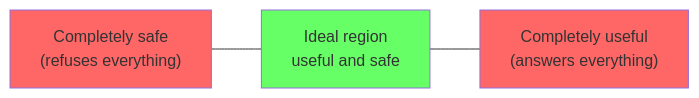
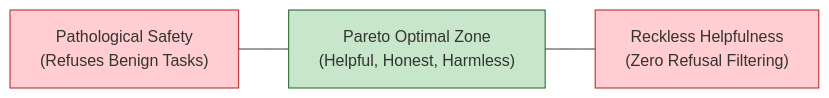
The fourth of 7 diagrams in en/chapters/04-alignment.md (yingwang/thinking-in-llm), drawn with Mermaid before and after one commit. The commit also changed other lines of this file and 31 other files, not shown here.

````diff
--- a/en/chapters/04-alignment.md
+++ b/en/chapters/04-alignment.md
@@ -506,9 +465,9 @@
 ```mermaid
 graph LR
-    A["Completely safe<br/>(refuses everything)"] --- B["Ideal region<br/>useful and safe"]
-    B --- C["Completely useful<br/>(answers everything)"]
+    A["Pathological Safety<br/>(Refuses Benign Tasks)"] --- B["Pareto Optimal Zone<br/>(Helpful, Honest, Harmless)"]
+    B --- C["Reckless Helpfulness<br/>(Zero Refusal Filtering)"]
 
-    style A fill:#ff6666
-    style B fill:#66ff66
-    style C fill:#ff6666
+    style A fill:#ffcdd2,stroke:#b71c1c
+    style B fill:#c8e6c9,stroke:#1b5e20
+    style C fill:#ffcdd2,stroke:#b71c1c
 ```
````
